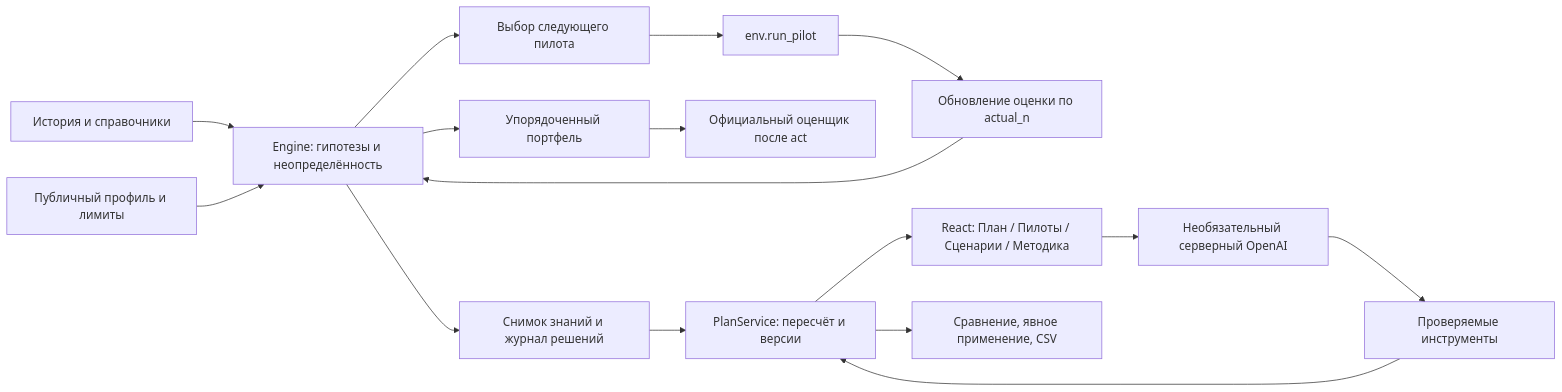
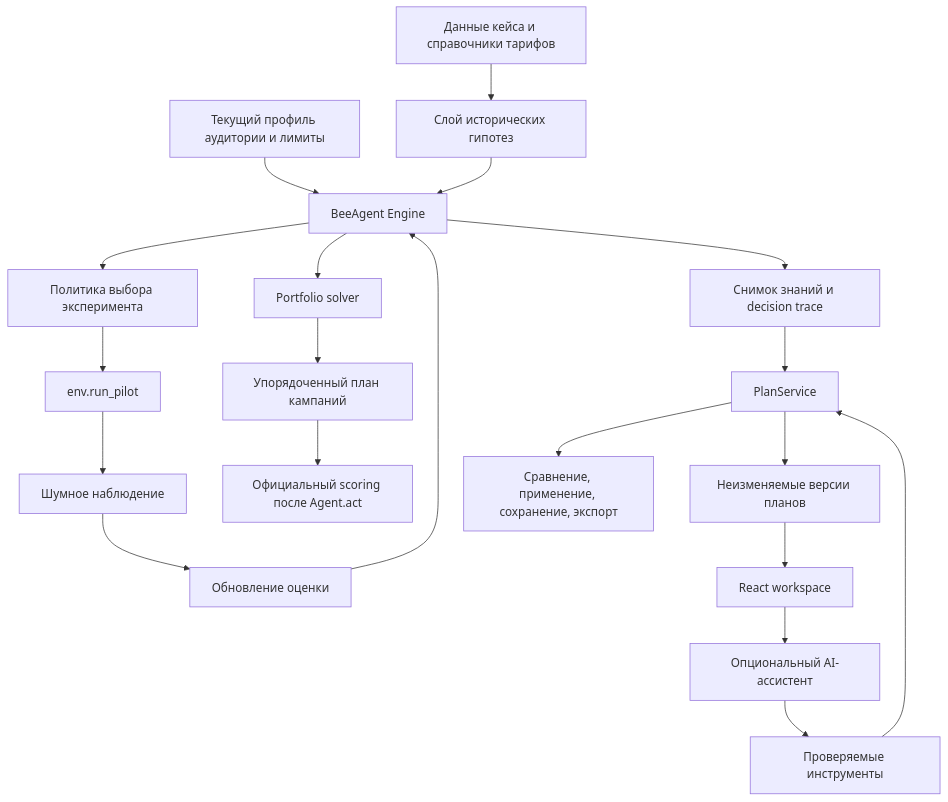
One commit to BAITC-Hacks/hack-6b518c43-dogs changed the diagram in README.md. Above: the diagram before and after it, drawn with Mermaid. The commit also changed other lines of this file and 2 other files, not shown here.

````diff
--- a/README.md
+++ b/README.md
@@ -38,18 +110,27 @@
 ```mermaid
-flowchart LR
-    H["История и справочники"] --> E["Engine: гипотезы и неопределённость"]
-    P["Публичный профиль и лимиты"] --> E
-    E --> X["Выбор следующего пилота"]
-    X --> A["env.run_pilot"]
-    A --> U["Обновление оценки по actual_n"]
+flowchart TD
+    D["Данные кейса и справочники тарифов"] --> H["Слой исторических гипотез"]
+    P["Текущий профиль аудитории и лимиты"] --> E["BeeAgent Engine"]
+    H --> E
+
+    E --> X["Политика выбора эксперимента"]
+    X --> R["env.run_pilot"]
+    R --> O["Шумное наблюдение"]
+    O --> U["Обновление оценки"]
     U --> E
-    E --> S["Снимок знаний и журнал решений"]
-    E --> F["Упорядоченный портфель"]
-    F --> O["Официальный оценщик после act"]
-    S --> V["PlanService: пересчёт и версии"]
-    V --> UI["React: План / Пилоты / Сценарии / Методика"]
-    UI --> Q["Необязательный серверный OpenAI"]
-    Q --> T["Проверяемые инструменты"]
-    T --> V
-    V --> C["Сравнение, явное применение, CSV"]
+
+    E --> G["Portfolio solver"]
+    G --> C["Упорядоченный план кампаний"]
+    C --> J["Официальный scoring после Agent.act"]
+
+    E --> S["Снимок знаний и decision trace"]
+    S --> PS["PlanService"]
+    PS --> V["Неизменяемые версии планов"]
+    V --> W["React workspace"]
+
+    W --> A["Опциональный AI-ассистент"]
+    A --> T["Проверяемые инструменты"]
+    T --> PS
+
+    PS --> EX["Сравнение, применение, сохранение, экспорт"]
 ```
````
